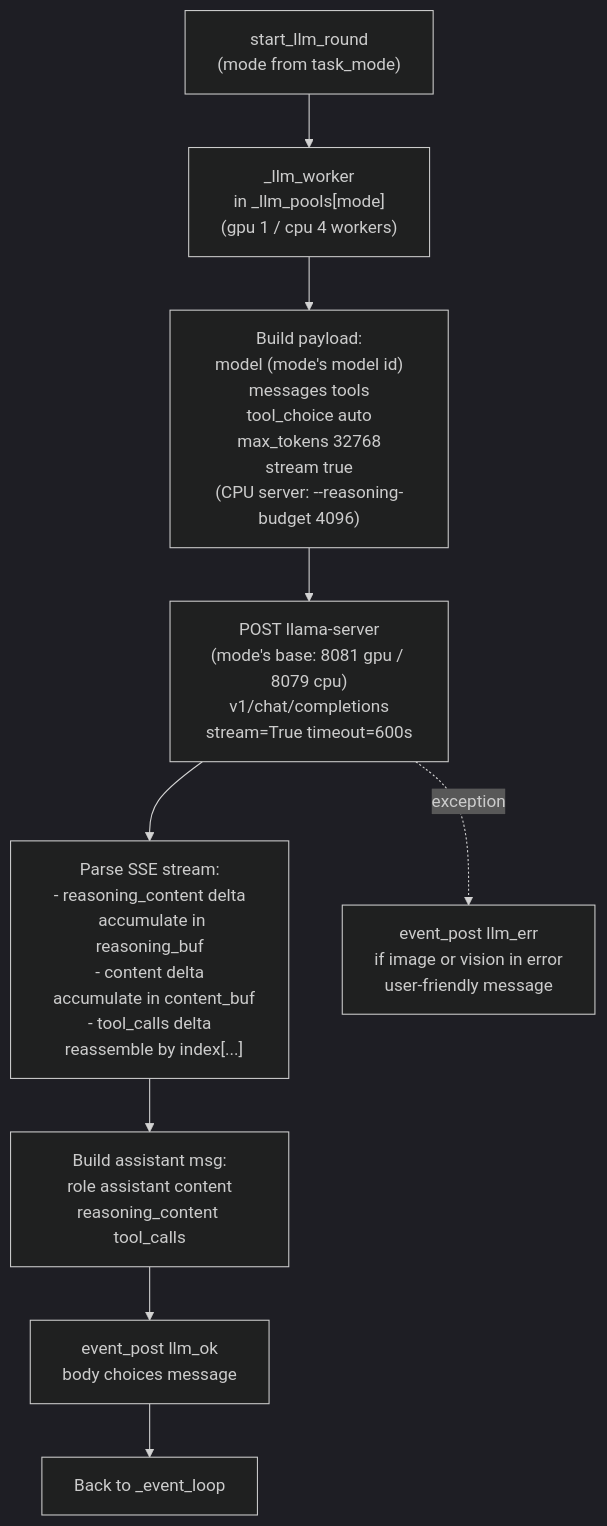
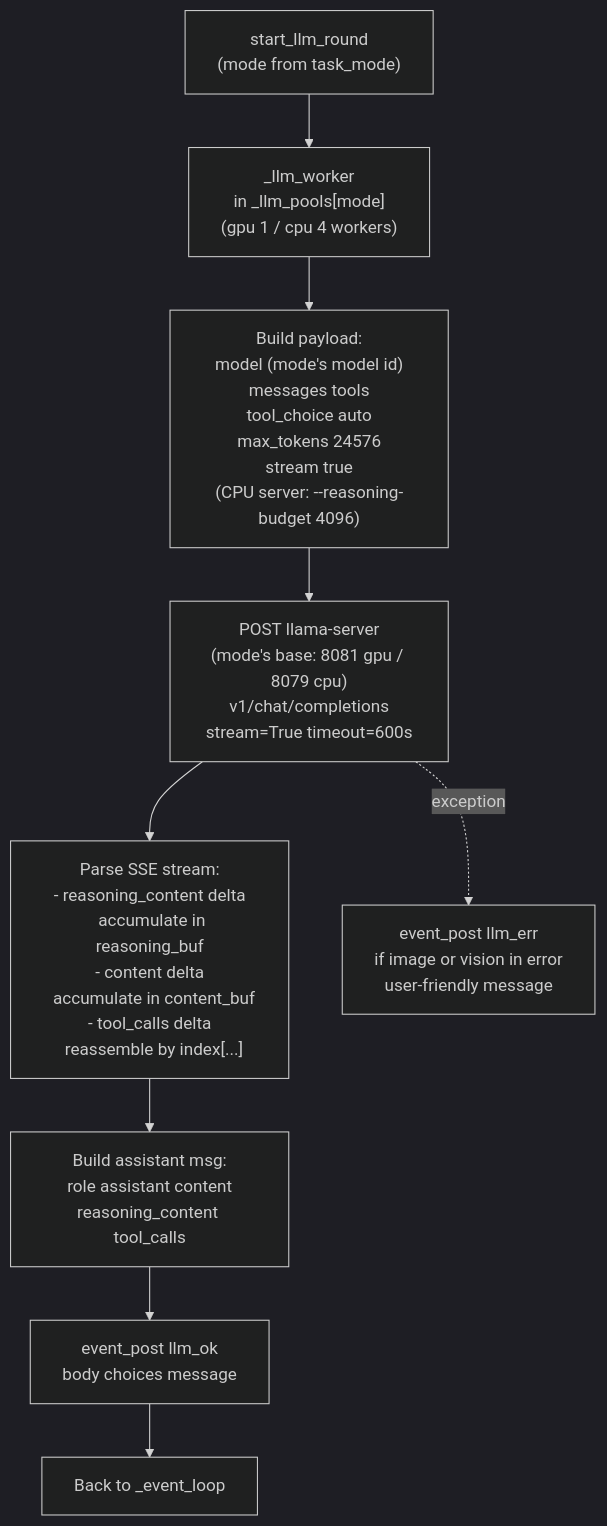
Before and after one commit to Palash90/local-ai: the tenth of 12 diagrams in README.md, drawn with Mermaid (dark theme). The commit also changed other lines of this file and 3 other files, not shown here.

````diff
--- a/README.md
+++ b/README.md
@@ -511,12 +511,12 @@
 ```mermaid
 graph TD
     StartRound0["start_llm_round\n(mode from task_mode)"] --> LLMWorker["_llm_worker\nin _llm_pools[mode]\n(gpu 1 / cpu 4 workers)"]
-    LLMWorker --> PayloadBuild["Build payload:\nmodel (mode's model id)\nmessages tools\ntool_choice auto\nmax_tokens 32768\nstream true\n(CPU server: --reasoning-budget 4096)"]
+    LLMWorker --> PayloadBuild["Build payload:\nmodel (mode's model id)\nmessages tools\ntool_choice auto\nmax_tokens 24576\nstream true\n(CPU server: --reasoning-budget 4096)"]
     PayloadBuild --> StreamReq["POST llama-server\n(mode's base: 8081 gpu / 8079 cpu)\nv1/chat/completions\nstream=True timeout=600s"]
     StreamReq --> StreamParse["Parse SSE stream:\n- reasoning_content delta\n  accumulate in reasoning_buf\n- content delta\n  accumulate in content_buf\n- tool_calls delta\n  reassemble by index[...]" ]
     StreamParse --> BuildAssistantMsg["Build assistant msg:\nrole assistant content\nreasoning_content tool_calls"]
     BuildAssistantMsg --> LLMOKPost["event_post llm_ok\nbody choices message"]
     LLMOKPost --> EvLoop["Back to _event_loop"]
 
     StreamReq -. "exception" .-> LLMException["event_post llm_err\nif image or vision in error\nuser-friendly message"]
 ```
````
